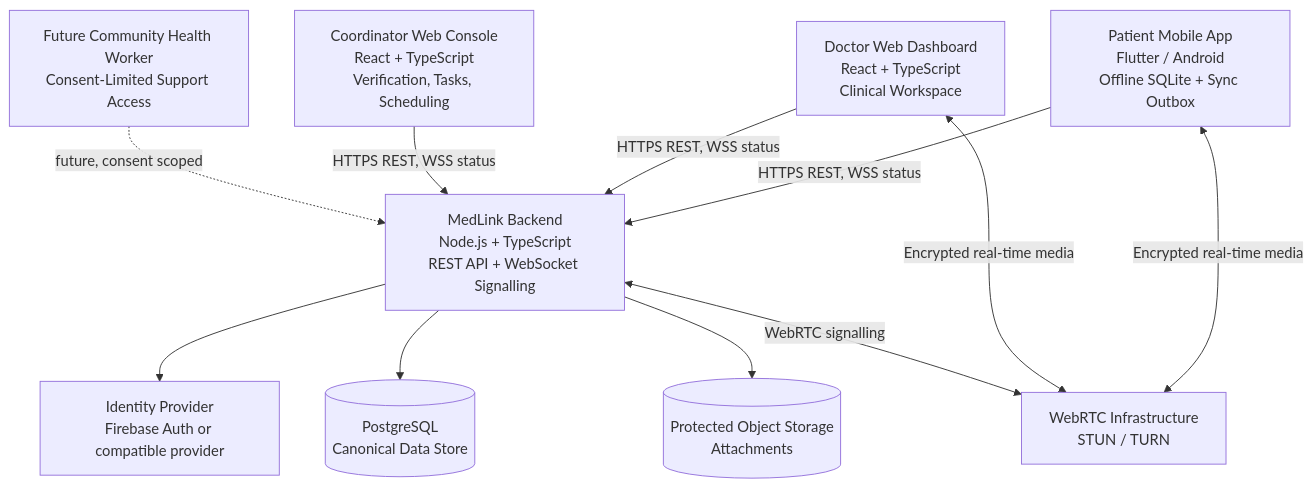
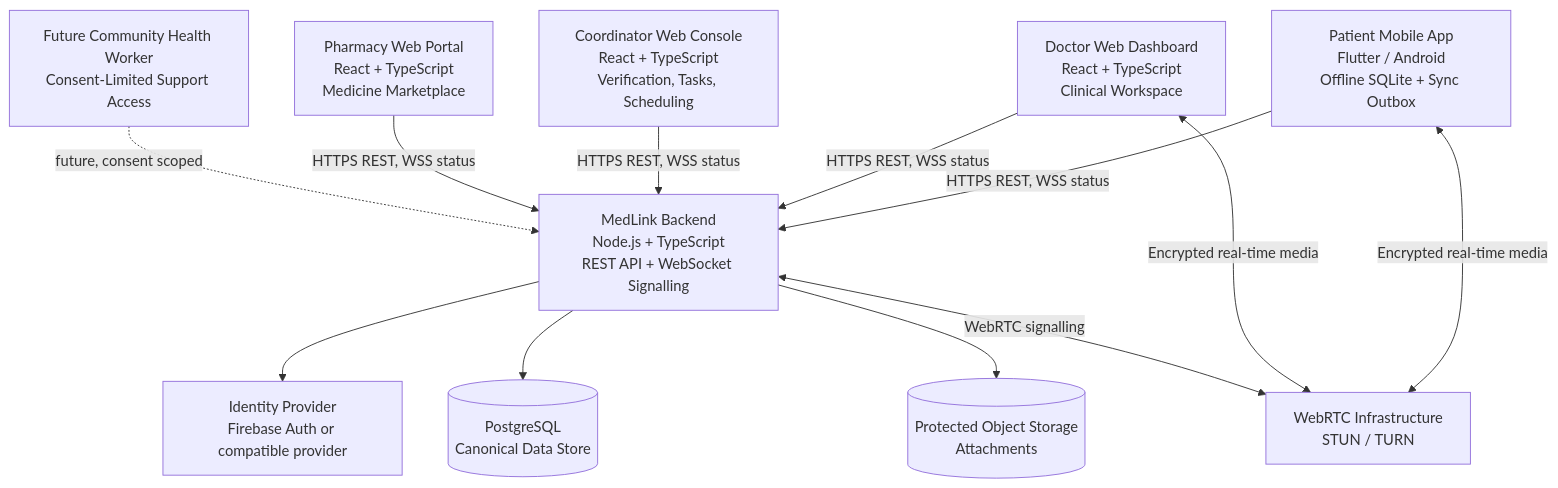
Before and after one commit to abhijeetnardele24-hash/medlink: the first of 5 diagrams in README.md, drawn with Mermaid. The commit also changed other lines of this file and 9 other files, not shown here.

````diff
--- a/README.md
+++ b/README.md
@@ -48,24 +50,26 @@
 ```mermaid
 flowchart TB
     P[Patient Mobile App<br/>Flutter / Android<br/>Offline SQLite + Sync Outbox]
     D[Doctor Web Dashboard<br/>React + TypeScript<br/>Clinical Workspace]
     C[Coordinator Web Console<br/>React + TypeScript<br/>Verification, Tasks, Scheduling]
+    PH[Pharmacy Web Portal<br/>React + TypeScript<br/>Medicine Marketplace]
     F[Future Community Health Worker<br/>Consent-Limited Support Access]
 
     API[MedLink Backend<br/>Node.js + TypeScript<br/>REST API + WebSocket Signalling]
     AUTH[Identity Provider<br/>Firebase Auth or compatible provider]
     DB[(PostgreSQL<br/>Canonical Data Store)]
     STORE[(Protected Object Storage<br/>Attachments)]
     RTC[WebRTC Infrastructure<br/>STUN / TURN]
 
     P -->|HTTPS REST, WSS status| API
     D -->|HTTPS REST, WSS status| API
     C -->|HTTPS REST, WSS status| API
+    PH -->|HTTPS REST, WSS status| API
     F -. future, consent scoped .-> API
     API --> AUTH
     API --> DB
     API --> STORE
     P <-->|Encrypted real-time media| RTC
     D <-->|Encrypted real-time media| RTC
     API <-->|WebRTC signalling| RTC
 ```
````
